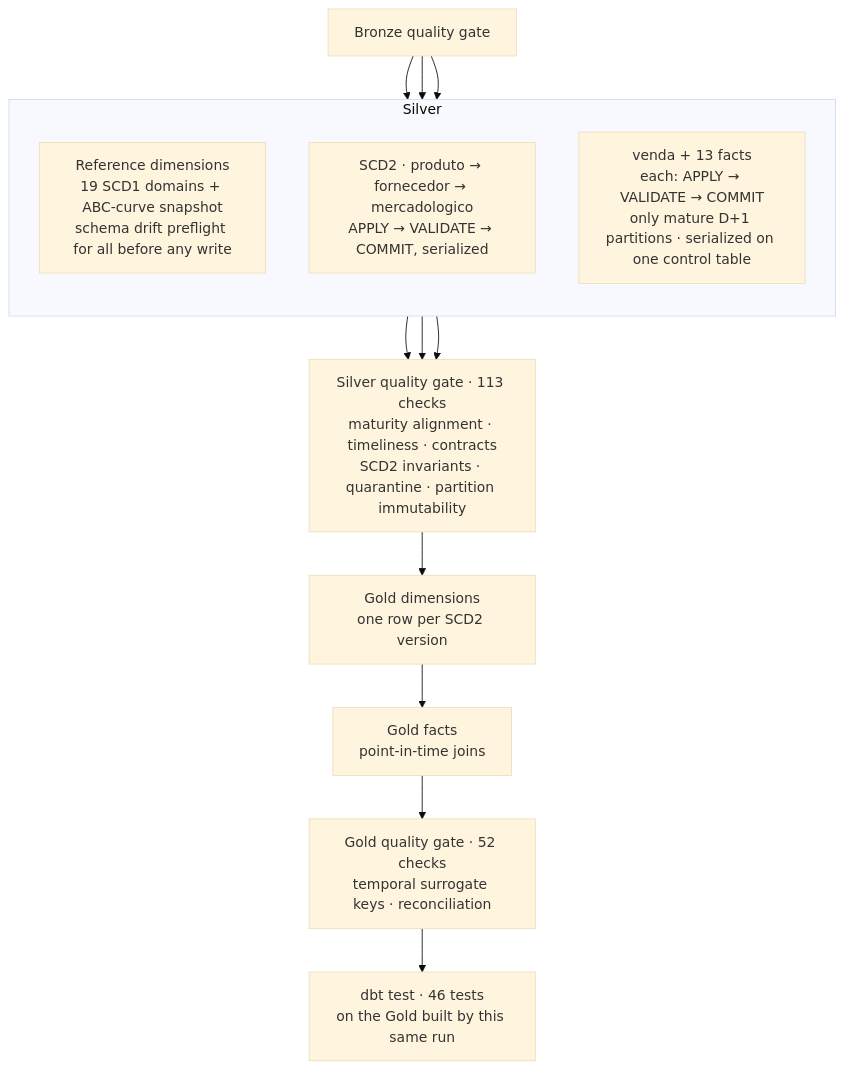
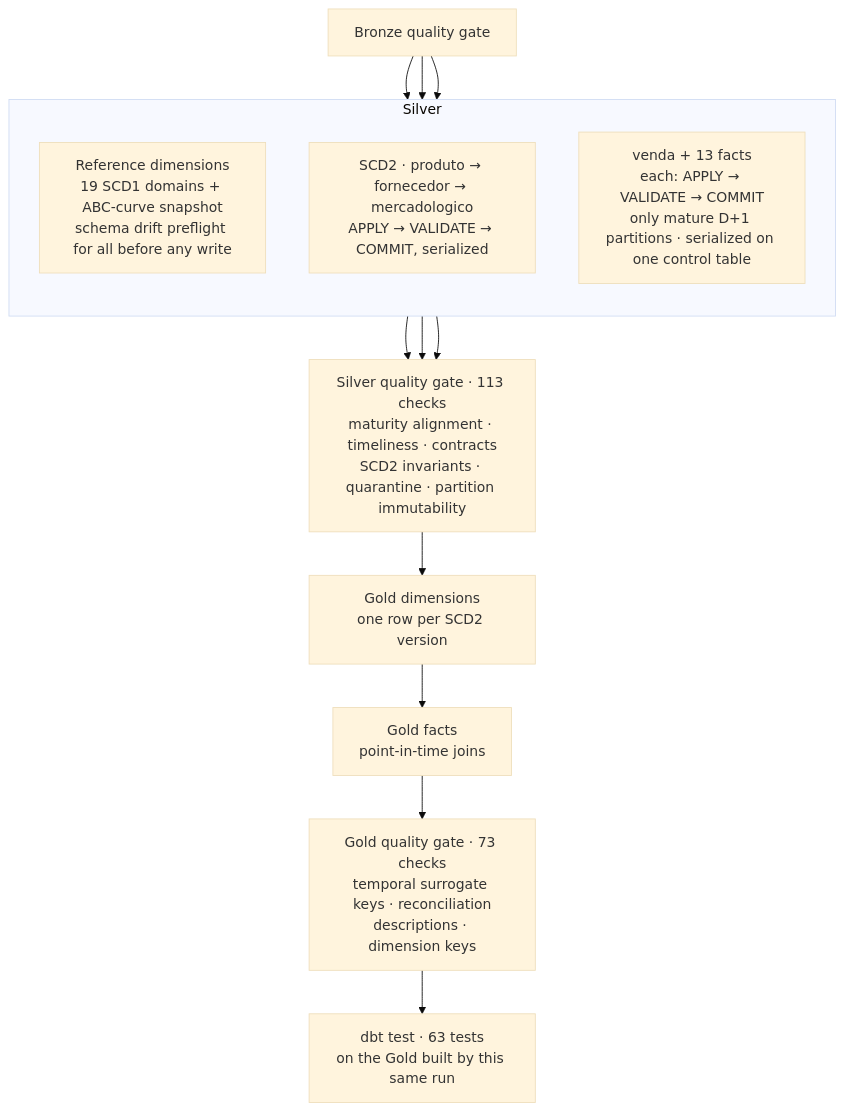
One commit to zaraluz/varejinho-data-platform changed the second of 2 diagrams in README.md. Above: the diagram before and after it, drawn with Mermaid (base theme). The commit also changed other lines of this file, not shown here.

Commit message:
docs(readme): describe the star schema Gold model and its measured gates

````diff
--- a/README.md
+++ b/README.md
@@ -90,20 +90,20 @@
 ```mermaid
 flowchart TB
     BQ["Bronze quality gate"]
 
     subgraph S["Silver"]
         direction TB
         REF["Reference dimensions<br/>19 SCD1 domains + ABC-curve snapshot<br/>schema drift preflight for all before any write"]
         SCD["SCD2 · produto → fornecedor → mercadologico<br/>APPLY → VALIDATE → COMMIT, serialized"]
         FACTS["venda + 13 facts<br/>each: APPLY → VALIDATE → COMMIT<br/>only mature D+1 partitions · serialized on one control table"]
     end
 
     SQG["Silver quality gate · 113 checks<br/>maturity alignment · timeliness · contracts<br/>SCD2 invariants · quarantine · partition immutability"]
     GD["Gold dimensions<br/>one row per SCD2 version"]
     GF["Gold facts<br/>point-in-time joins"]
-    GQG["Gold quality gate · 52 checks<br/>temporal surrogate keys · reconciliation"]
-    DT["dbt test · 46 tests<br/>on the Gold built by this same run"]
+    GQG["Gold quality gate · 73 checks<br/>temporal surrogate keys · reconciliation<br/>descriptions · dimension keys"]
+    DT["dbt test · 63 tests<br/>on the Gold built by this same run"]
 
     BQ --> REF & SCD & FACTS
     REF & SCD & FACTS --> SQG --> GD --> GF --> GQG --> DT
 ```
````
